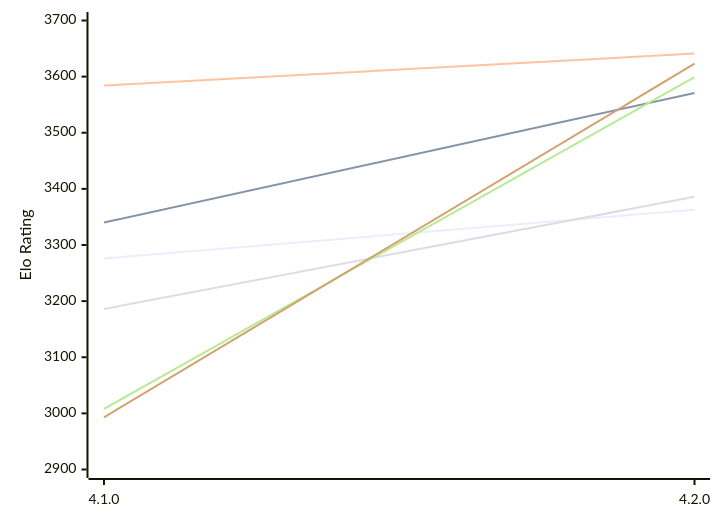
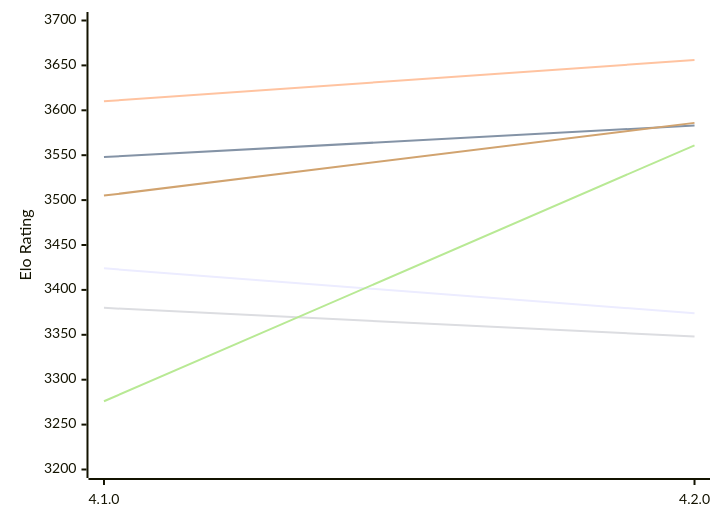
One commit to computer-chess-index/cci changed the first of 2 diagrams in engines/Raphael.md. Above: the diagram before and after it, drawn with Mermaid. The commit also changed other lines of this file, not shown here.

Commit message:
Update CCI Ratings (ELO VLTC) - 2026-11-14

````diff
--- a/engines/Raphael.md
+++ b/engines/Raphael.md
@@ -59,12 +59,12 @@
 ```mermaid
 %%{init: {"theme":"base","themeVariables":{"seriesColors:['#a3a3a3','#222221','#faa371']}}}%%
 xychart-beta
   x-axis ["4.1.0", "4.2.0"]
-  y-axis "Elo Rating" 2900 --> 3700
-  line "E1: STC (8.0+0.08s)" [3276, 3363]
-  line "E1: LTC (60.0+0.60s)" [3340, 3571]
-  line "E1: VLTC (2m24s+1.12s)" [3584, 3641]
-  line "P1: STC (8.0+0.08s)" [3186, 3386]
-  line "P1: LTC (60.0+0.60s)" [3008, 3599]
-  line "P1: VLTC (2m24s+1.12s)" [2993, 3623]
+  y-axis "Elo Rating" 3200 --> 3700
+  line "E1: STC (8.0+0.08s)" [3424, 3374]
+  line "E1: LTC (60.0+0.60s)" [3548, 3583]
+  line "E1: VLTC (2m24s+1.12s)" [3610, 3656]
+  line "P1: STC (8.0+0.08s)" [3380, 3348]
+  line "P1: LTC (60.0+0.60s)" [3276, 3561]
+  line "P1: VLTC (2m24s+1.12s)" [3505, 3586]
 ```
````
